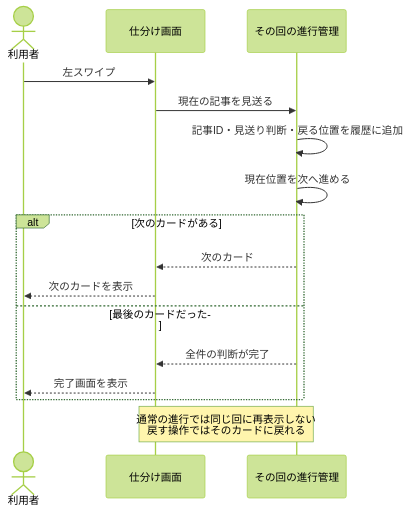
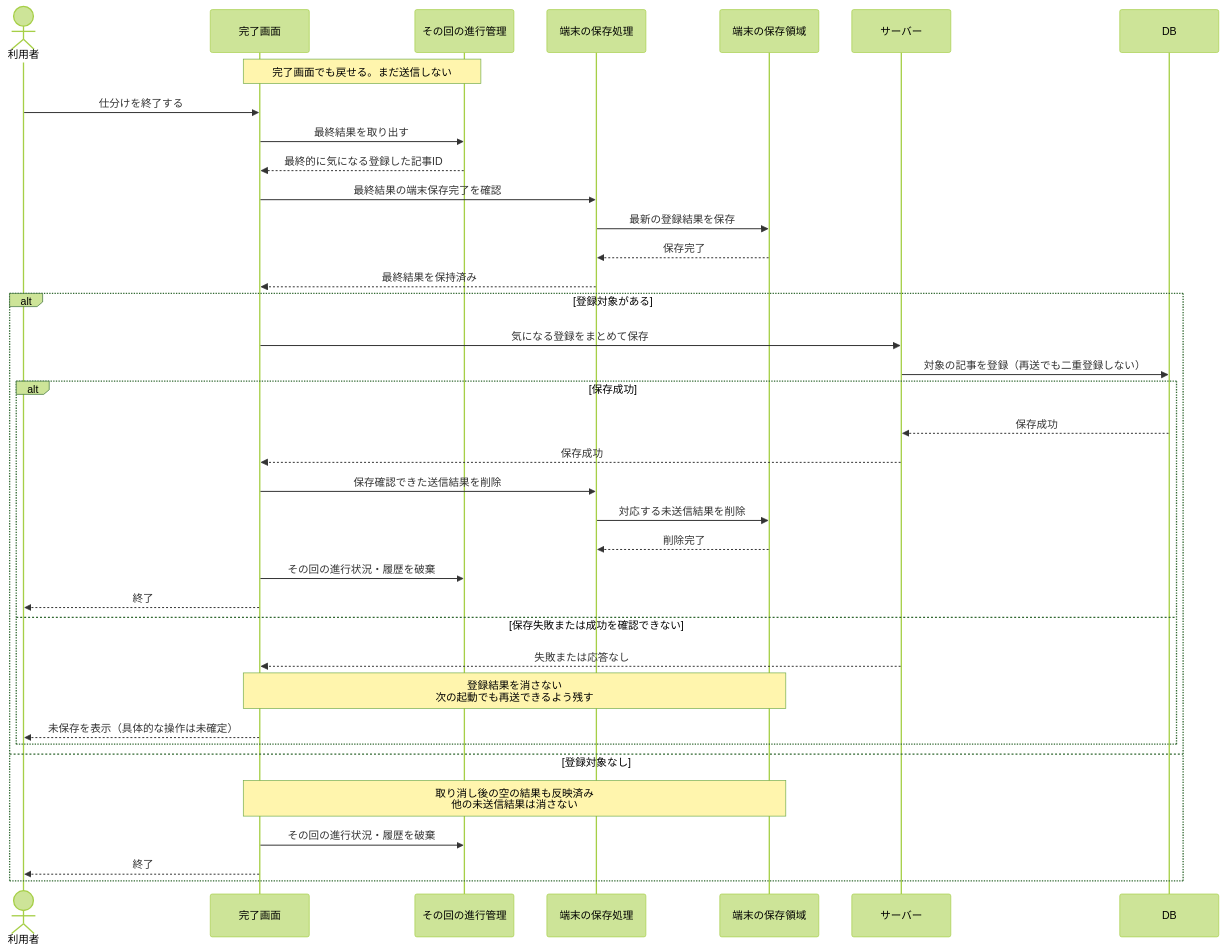
One commit to BeppuKanato/it-discovery changed the third of 5 diagrams in docs/sequences.md. Above: the diagram before and after it, drawn with Mermaid (forest theme). The commit also changed other lines of this file and 3 other files, not shown here.

````diff
--- a/docs/sequences.md
+++ b/docs/sequences.md
@@ -100,21 +119,41 @@
 ```mermaid
 sequenceDiagram
     actor User as 利用者
-    participant View as 仕分け画面
+    participant View as 完了画面
     participant Session as その回の進行管理
+    participant Save as 端末の保存処理
+    participant Local as 端末の保存領域
+    participant Server as サーバー
+    participant DB as DB
 
-    User->>View: 左スワイプ
-    View->>Session: 現在の記事を見送る
-    Session->>Session: 記事ID・見送り判断・戻る位置を履歴に追加
-    Session->>Session: 現在位置を次へ進める
+    Note over View,Session: 完了画面でも戻せる。まだ送信しない
+    User->>View: 仕分けを終了する
+    View->>Session: 最終結果を取り出す
+    Session-->>View: 最終的に気になる登録した記事ID
+    View->>Save: 最終結果の端末保存完了を確認
+    Save->>Local: 最新の登録結果を保存
+    Local-->>Save: 保存完了
+    Save-->>View: 最終結果を保持済み
 
-    alt 次のカードがある
-        Session-->>View: 次のカード
-        View-->>User: 次のカードを表示
-    else 最後のカードだった
-        Session-->>View: 全件の判断が完了
-        View-->>User: 完了画面を表示
+    alt 登録対象がある
+        View->>Server: 気になる登録をまとめて保存
+        Server->>DB: 対象の記事を登録（再送でも二重登録しない）
+        alt 保存成功
+            DB-->>Server: 保存成功
+            Server-->>View: 保存成功
+            View->>Save: 保存確認できた送信結果を削除
+            Save->>Local: 対応する未送信結果を削除
+            Local-->>Save: 削除完了
+            View->>Session: その回の進行状況・履歴を破棄
+            View-->>User: 終了
+        else 保存失敗または成功を確認できない
+            Server-->>View: 失敗または応答なし
+            Note over View,Local: 登録結果を消さない<br/>次の起動でも再送できるよう残す
+            View-->>User: 未保存を表示（具体的な操作は未確定）
+        end
+    else 登録対象なし
+        Note over View,Local: 取り消し後の空の結果も反映済み<br/>他の未送信結果は消さない
+        View->>Session: その回の進行状況・履歴を破棄
+        View-->>User: 終了
     end
-
-    Note over View,Session: 通常の進行では同じ回に再表示しない<br/>戻す操作ではそのカードに戻れる
 ```
````
